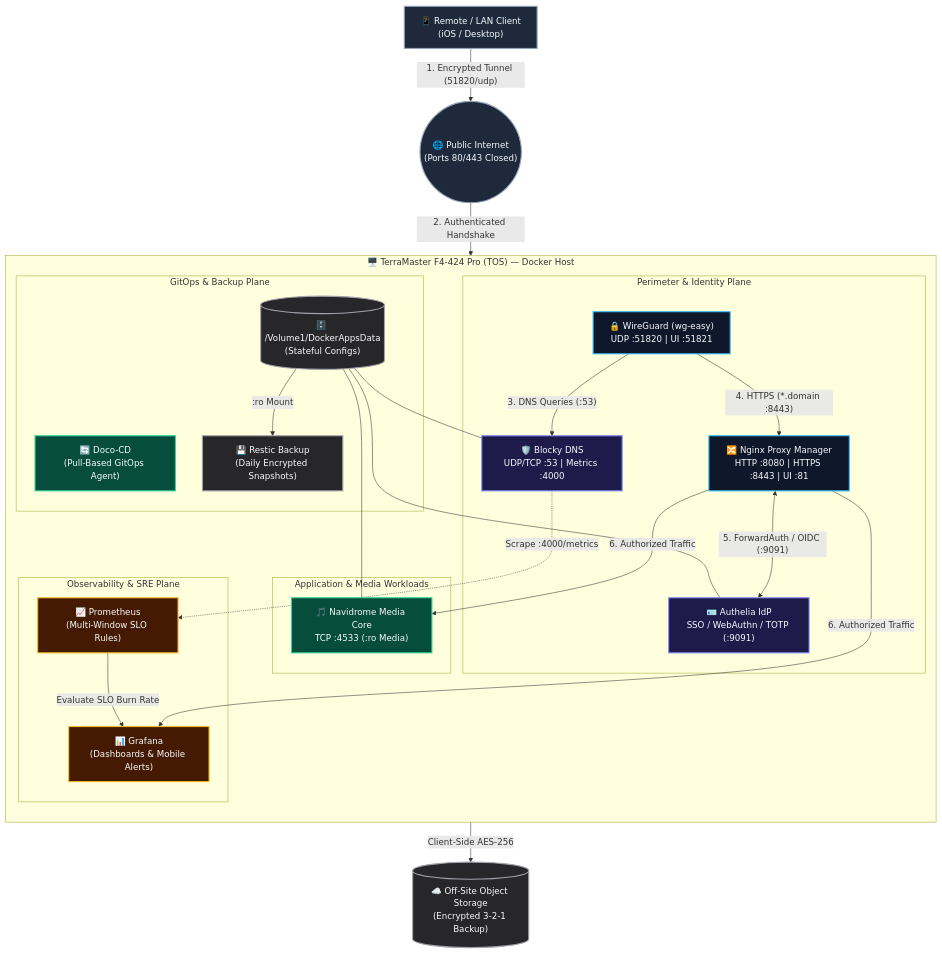
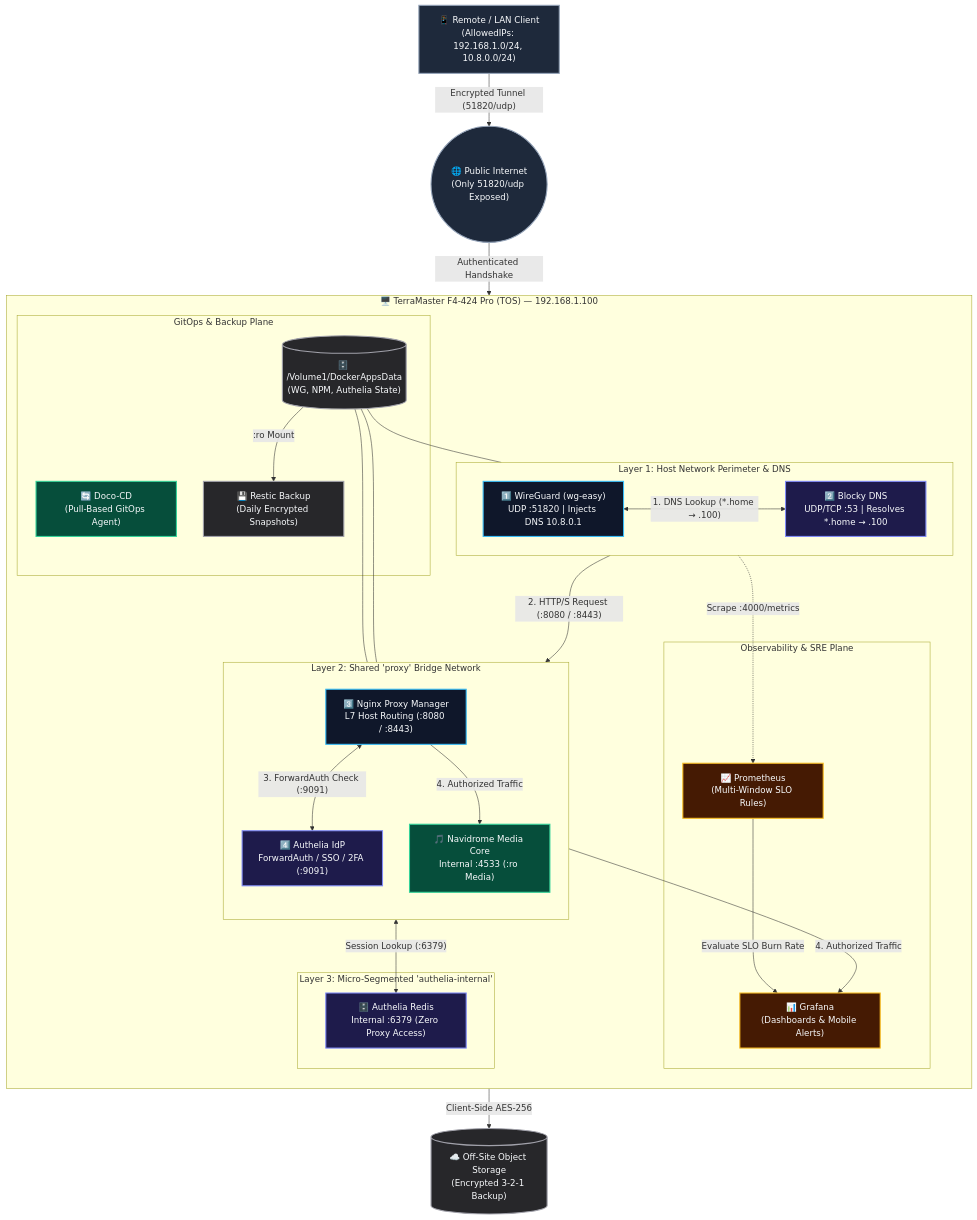
Before and after one commit to karthikeyan-karuppiah/home-lab: the diagram in README.md, drawn with Mermaid. The commit also changed 1 other file, not shown here.

Commit message:
docs(architecture): update three-layer network diagram to match live compose topology

````diff
--- a/README.md
+++ b/README.md
@@ -25,56 +25,65 @@
 ```mermaid
 flowchart TB
     classDef external fill:#1e293b,stroke:#94a3b8,color:#f8fafc,stroke-width:2px
     classDef perimeter fill:#0f172a,stroke:#38bdf8,color:#f8fafc,stroke-width:2px
     classDef security fill:#1e1b4b,stroke:#818cf8,color:#f8fafc,stroke-width:2px
     classDef core fill:#064e3b,stroke:#34d399,color:#f8fafc,stroke-width:2px
     classDef obs fill:#451a03,stroke:#fbbf24,color:#f8fafc,stroke-width:2px
     classDef storage fill:#27272a,stroke:#a1a1aa,color:#f8fafc,stroke-width:2px
 
-    Client["📱 Remote / LAN Client<br/>(iOS / Desktop)"]:::external
-    WAN(("🌐 Public Internet<br/>(Ports 80/443 Closed)")):::external
+    Client["📱 Remote / LAN Client<br/>(AllowedIPs: 192.168.1.0/24, 10.8.0.0/24)"]:::external
+    WAN(("🌐 Public Internet<br/>(Only 51820/udp Exposed)")):::external
 
-    subgraph TNAS ["🖥️ TerraMaster F4-424 Pro (TOS) — Docker Host"]
+    subgraph TNAS ["🖥️ TerraMaster F4-424 Pro (TOS) — 192.168.1.100"]
         direction TB
 
-        subgraph Ingress ["Perimeter & Identity Plane"]
-            WG["🔒 WireGuard (wg-easy)<br/>UDP :51820 | UI :51821"]:::perimeter
-            DNS["🛡️ Blocky DNS<br/>UDP/TCP :53 | Metrics :4000"]:::security
-            NPM["🔀 Nginx Proxy Manager<br/>HTTP :8080 | HTTPS :8443 | UI :81"]:::perimeter
-            Auth["🪪 Authelia IdP<br/>SSO / WebAuthn / TOTP (:9091)"]:::security
+        subgraph HostLayer ["Layer 1: Host Network Perimeter & DNS"]
+            direction LR
+            WG["1️⃣ WireGuard (wg-easy)<br/>UDP :51820 | Injects DNS 10.8.0.1"]:::perimeter
+            DNS["2️⃣ Blocky DNS<br/>UDP/TCP :53 | Resolves *.home → .100"]:::security
         end
 
-        subgraph Workloads ["Application & Media Workloads"]
-            Navi["🎵 Navidrome Media Core<br/>TCP :4533 (:ro Media)"]:::core
+        subgraph ProxyLayer ["Layer 2: Shared 'proxy' Bridge Network"]
+            direction TB
+            NPM["3️⃣ Nginx Proxy Manager<br/>L7 Host Routing (:8080 / :8443)"]:::perimeter
+            Auth["4️⃣ Authelia IdP<br/>ForwardAuth / SSO / 2FA (:9091)"]:::security
+            Navi["🎵 Navidrome Media Core<br/>Internal :4533 (:ro Media)"]:::core
+        end
+
+        subgraph IsolatedLayer ["Layer 3: Micro-Segmented 'authelia-internal'"]
+            Redis["🗄️ Authelia Redis<br/>Internal :6379 (Zero Proxy Access)"]:::security
         end
 
         subgraph Observability ["Observability & SRE Plane"]
             Prom["📈 Prometheus<br/>(Multi-Window SLO Rules)"]:::obs
             Graf["📊 Grafana<br/>(Dashboards & Mobile Alerts)"]:::obs
         end
 
         subgraph ControlPlane ["GitOps & Backup Plane"]
             Doco["🔄 Doco-CD<br/>(Pull-Based GitOps Agent)"]:::core
             Restic["💾 Restic Backup<br/>(Daily Encrypted Snapshots)"]:::storage
-            Vol[("🗄️ /Volume1/DockerAppsData<br/>(Stateful Configs)")]:::storage
+            Vol[("🗄️ /Volume1/DockerAppsData<br/>(WG, NPM, Authelia State)")]:::storage
         end
     end
 
     B2[("☁️ Off-Site Object Storage<br/>(Encrypted 3-2-1 Backup)")]:::storage
 
-    Client -->|"1. Encrypted Tunnel (51820/udp)"| WAN
-    WAN -->|"2. Authenticated Handshake"| WG
-    WG -->|"3. DNS Queries (:53)"| DNS
-    WG -->|"4. HTTPS (*.domain :8443)"| NPM
-    NPM <-->|"5. ForwardAuth / OIDC (:9091)"| Auth
-    NPM -->|"6. Authorized Traffic"| Navi
-    NPM -->|"6. Authorized Traffic"| Graf
+    %% Packet & Control Flows
+    Client -->|"Encrypted Tunnel (51820/udp)"| WAN
+    WAN -->|"Authenticated Handshake"| WG
+    WG <-->|"1. DNS Lookup (*.home → .100)"| DNS
+    WG -->|"2. HTTP/S Request (:8080 / :8443)"| NPM
+    NPM <-->|"3. ForwardAuth Check (:9091)"| Auth
+    Auth <-->|"Session Lookup (:6379)"| Redis
+    NPM -->|"4. Authorized Traffic"| Navi
+    NPM -->|"4. Authorized Traffic"| Graf
 
+    %% Observability & Storage Flows
     DNS -.->|"Scrape :4000/metrics"| Prom
     Prom -->|"Evaluate SLO Burn Rate"| Graf
-    Vol --- Navi
+    Vol --- WG
+    Vol --- NPM
     Vol --- Auth
-    Vol --- DNS
     Vol -->|":ro Mount"| Restic
     Restic -->|"Client-Side AES-256"| B2
 ```
````
